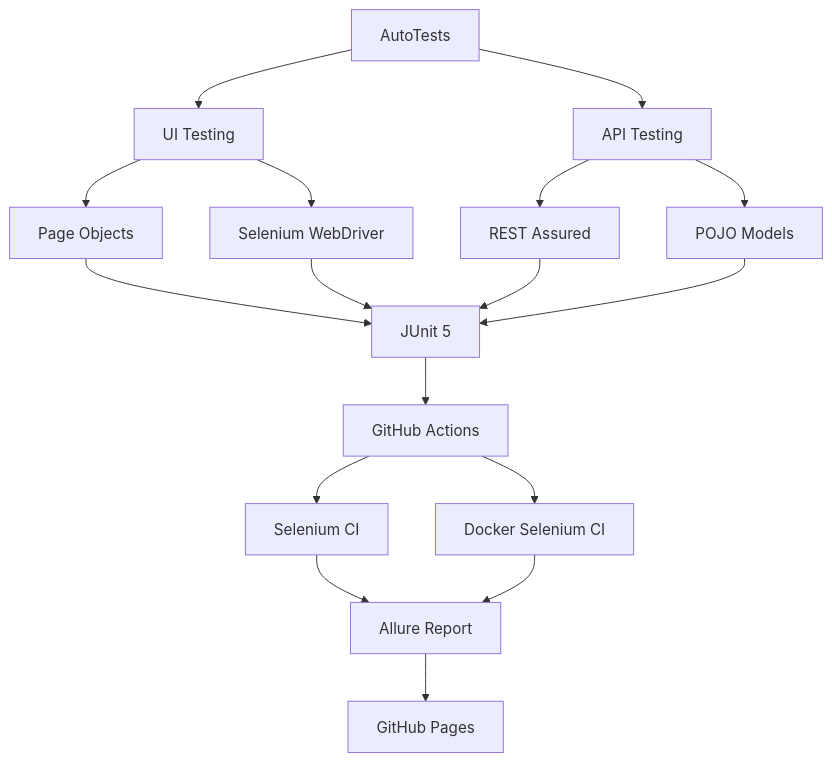
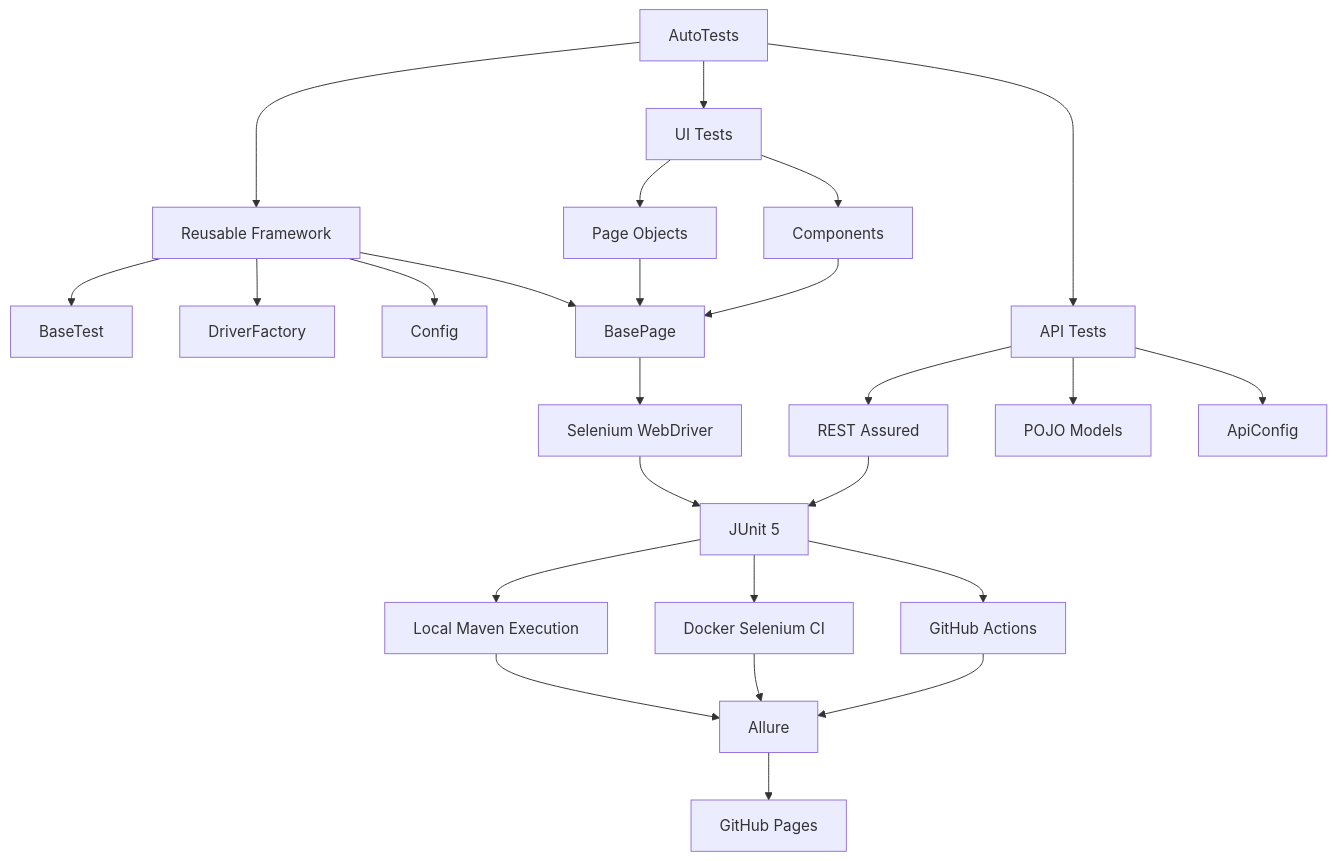
Before and after one commit to crscntmn/AutoTests: the diagram in README.md, drawn with Mermaid. The commit also changed other lines of this file, not shown here.

````diff
--- a/README.md
+++ b/README.md
@@ -15,20 +21,33 @@
 ```mermaid
 flowchart TD
     A[AutoTests]
-    A --> UI[UI Testing]
-    A --> API[API Testing]
-    UI --> PO[Page Objects]
-    UI --> SEL[Selenium WebDriver]
+    A --> F[Reusable Framework]
+    A --> UI[UI Tests]
+    A --> API[API Tests]
+
+    F --> BT[BaseTest]
+    F --> DP[DriverFactory]
+    F --> CP[Config]
+    F --> BP[BasePage]
+
+    UI --> POM[Page Objects]
+    UI --> COMP[Components]
+    POM --> BP
+    COMP --> BP
+    BP --> SEL[Selenium WebDriver]
+
     API --> RA[REST Assured]
-    API --> POJO[POJO Models]
-    PO --> JUNIT[JUnit 5]
-    SEL --> JUNIT
+    API --> MODELS[POJO Models]
+    API --> APICONFIG[ApiConfig]
+
+    SEL --> JUNIT[JUnit 5]
     RA --> JUNIT
-    POJO --> JUNIT
-    JUNIT --> CI[GitHub Actions]
-    CI --> SELCI[Selenium CI]
-    CI --> DOCKER[Docker Selenium CI]
-    SELCI --> ALLURE[Allure Report]
+
+    JUNIT --> LOCAL[Local Maven Execution]
+    JUNIT --> DOCKER[Docker Selenium CI]
+    LOCAL --> ALLURE[Allure]
     DOCKER --> ALLURE
+    JUNIT --> GHA[GitHub Actions]
+    GHA --> ALLURE
     ALLURE --> PAGES[GitHub Pages]
 ```
````
